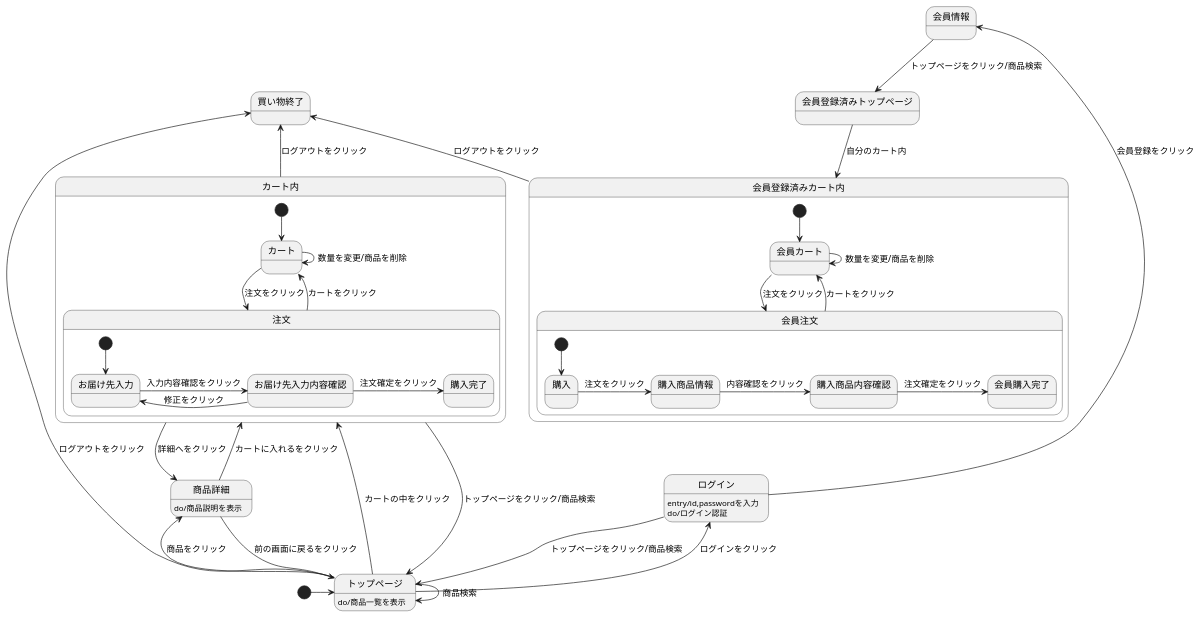
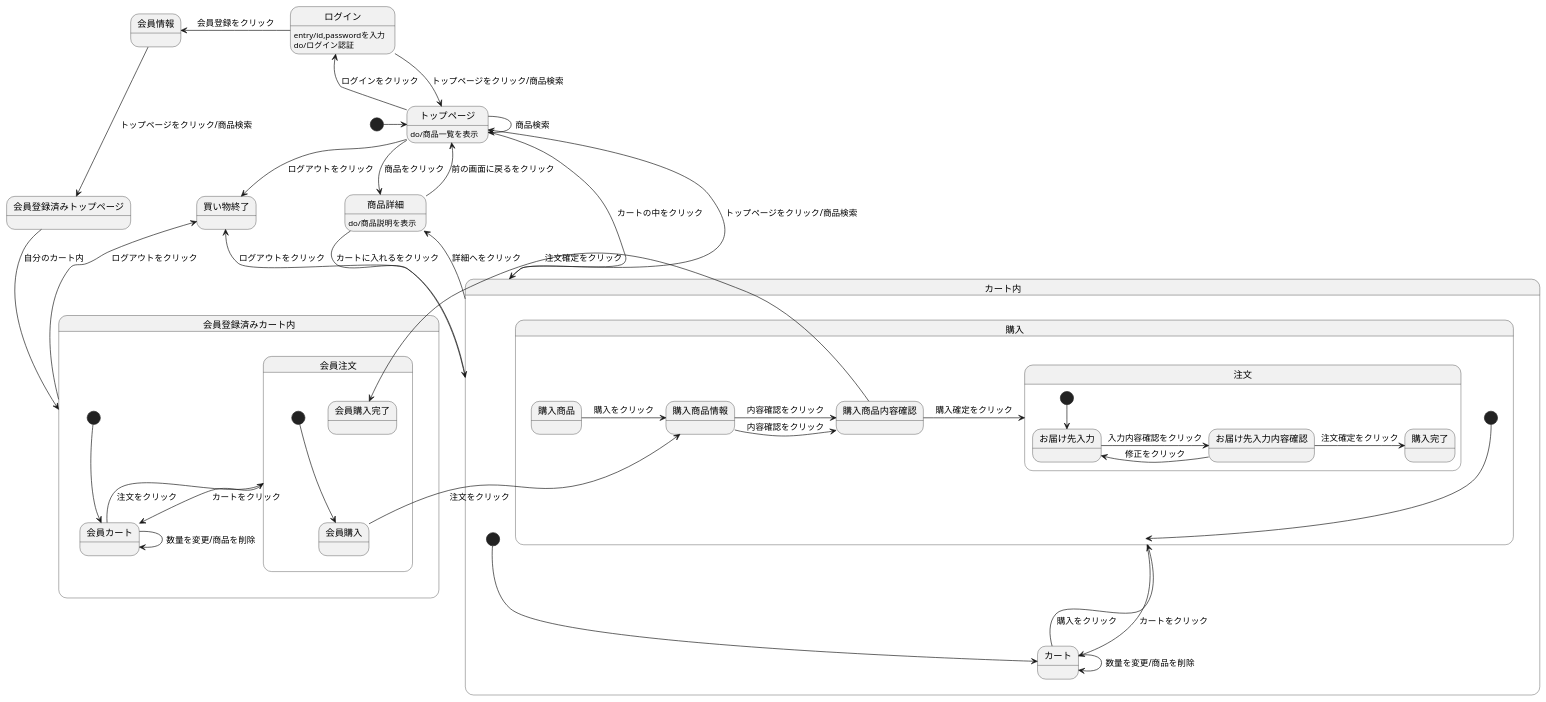
Before and after one commit to Aso2001140/2012sys-design: the diagram in create 12.md, drawn with PlantUML.

Commit message:
Update create 12.md

````diff
--- a/create 12.md
+++ b/create 12.md
@@ -1,50 +1,56 @@
 ```uml
 @startuml
 [*] -> トップページ
 会員情報 --> 会員登録済みトップページ : トップページをクリック/商品検索
 会員登録済みトップページ --> 会員登録済みカート内 : 自分のカート内
 ログイン --> トップページ : トップページをクリック/商品検索
 ログイン : entry/id,passwordを入力
 ログイン : do/ログイン認証
 トップページ --> 買い物終了 : ログアウトをクリック
 トップページ -> トップページ : 商品検索
 トップページ -> 商品詳細 : 商品をクリック
 ログイン -left-> 会員情報 : 会員登録をクリック
 トップページ -left-> ログイン : ログインをクリック
 トップページ --> カート内 : カートの中をクリック
 トップページ : do/商品一覧を表示
 商品詳細 --> カート内 : カートに入れるをクリック
 商品詳細 --> トップページ : 前の画面に戻るをクリック
 商品詳細 : do/商品説明を表示
 カート内 -up-> トップページ : トップページをクリック/商品検索
 カート内 -up-> 買い物終了 : ログアウトをクリック
 会員登録済みカート内 -up-> 買い物終了 : ログアウトをクリック
 カート内 -> 商品詳細 : 詳細へをクリック
 
 
 state カート内{
 [*] --> カート
-カート -> 注文 : 注文をクリック
+カート -> 購入 : 購入をクリック
 カート -> カート : 数量を変更/商品を削除
-注文 --> カート : カートをクリック
+購入 --> カート : カートをクリック
+state 購入{
+[*] --> 購入
+購入商品 -> 購入商品情報 : 購入をクリック
+購入商品情報 -> 購入商品内容確認 : 内容確認をクリック
+購入商品内容確認 -> 注文 : 購入確定をクリック
 state 注文{
 [*] --> お届け先入力
 お届け先入力 -> お届け先入力内容確認 : 入力内容確認をクリック
 お届け先入力内容確認 -> お届け先入力 : 修正をクリック
 お届け先入力内容確認 -> 購入完了 : 注文確定をクリック
+}
 }
 }
 state 会員登録済みカート内{
 [*] --> 会員カート
 会員カート -> 会員注文 : 注文をクリック
 会員カート -> 会員カート : 数量を変更/商品を削除
 会員注文 --> 会員カート : カートをクリック
 state 会員注文{
-[*] --> 購入
-購入 -> 購入商品情報 : 注文をクリック
+[*] --> 会員購入
+会員購入 -> 購入商品情報 : 注文をクリック
 購入商品情報 -> 購入商品内容確認 : 内容確認をクリック
 購入商品内容確認 -> 会員購入完了 : 注文確定をクリック
 }
 }
 @enduml
 ```
````
